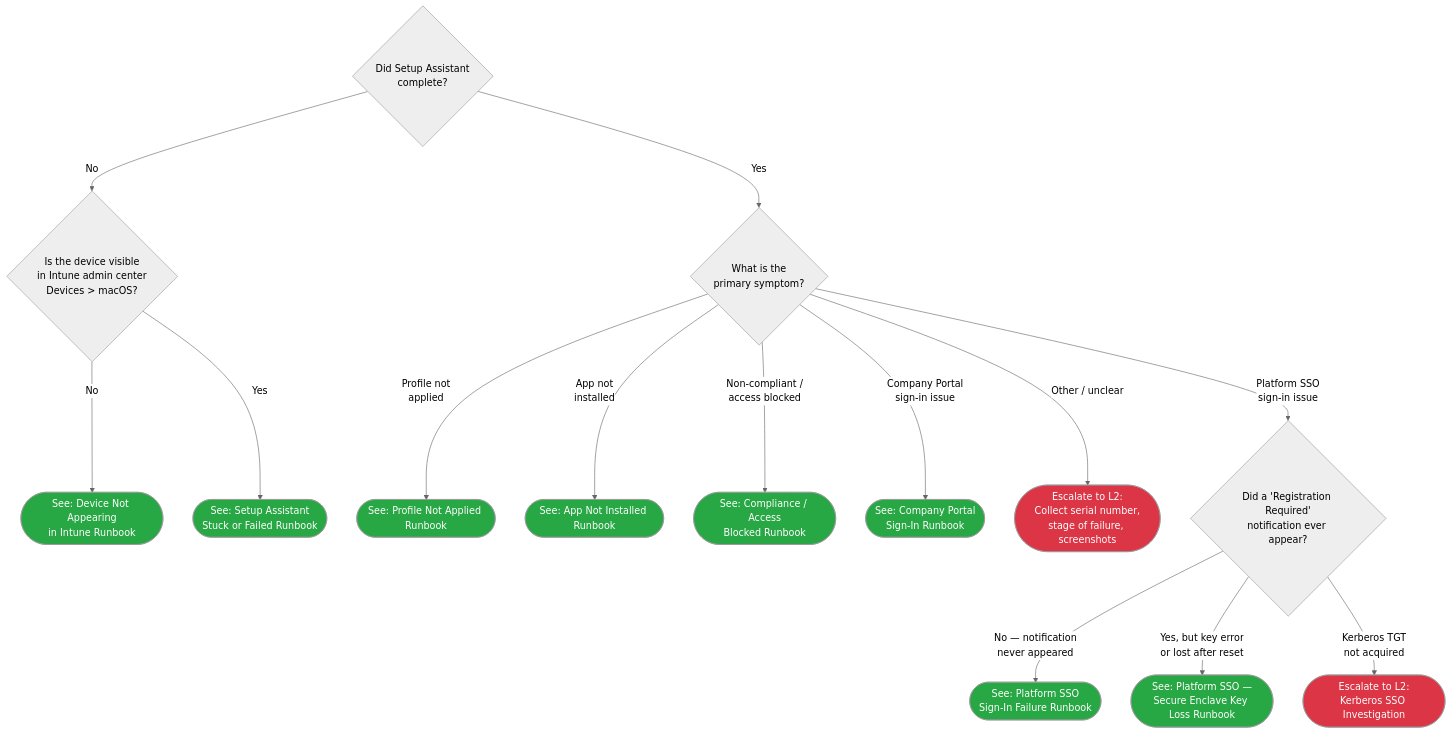
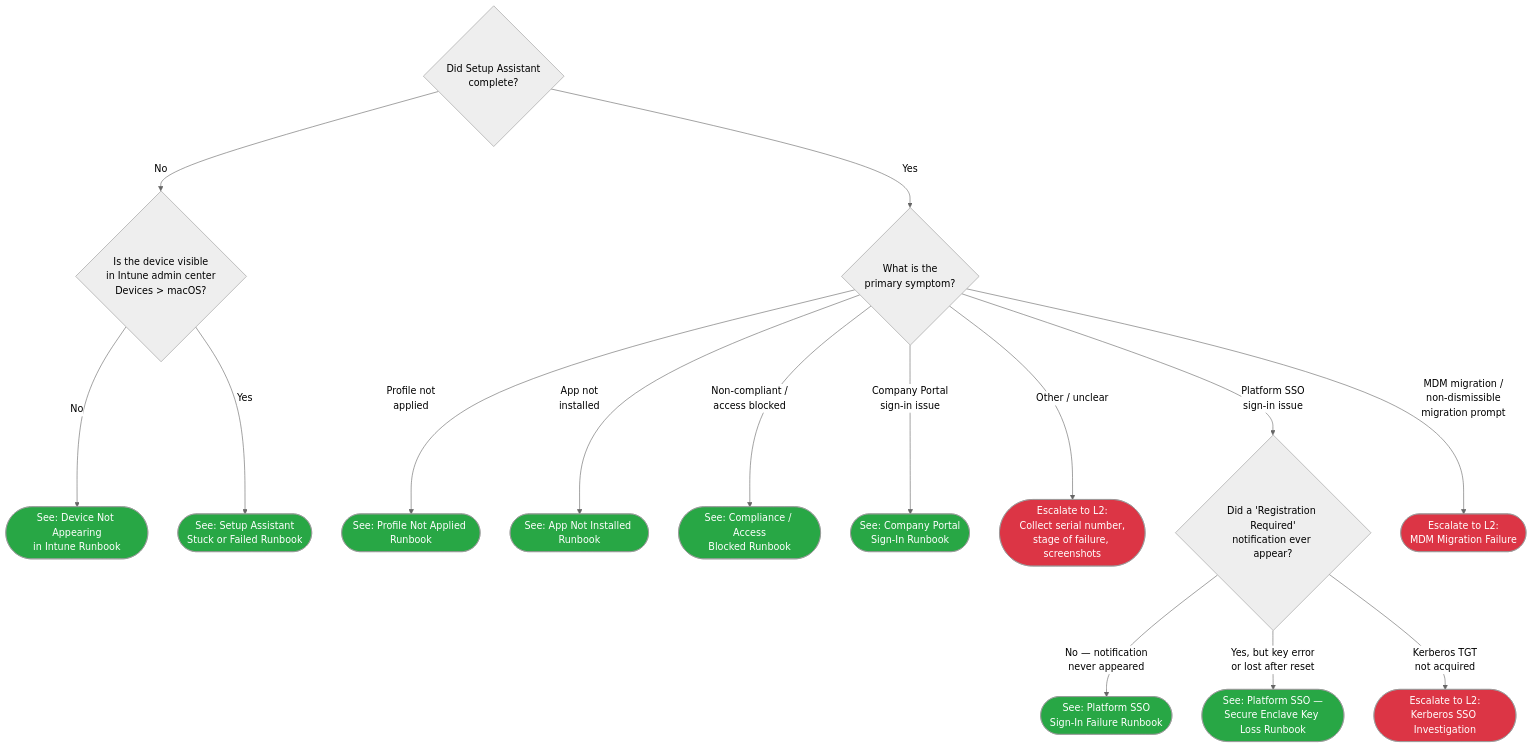
Before and after one commit to Schweinehund/Autopilot: the diagram in docs/decision-trees/06-macos-triage.md, drawn with Mermaid (neutral theme). The commit also changed other lines of this file and 3 other files, not shown here.

````diff
--- a/docs/decision-trees/06-macos-triage.md
+++ b/docs/decision-trees/06-macos-triage.md
@@ -29,35 +29,37 @@
 ```mermaid
 graph TD
     MAC1{"Did Setup Assistant<br/>complete?"}
     MAC1 -->|No| MAC2{"Is the device visible<br/>in Intune admin center<br/>Devices &gt; macOS?"}
     MAC1 -->|Yes| MAC3{"What is the<br/>primary symptom?"}
 
     MAC2 -->|No| MACR1(["See: Device Not Appearing<br/>in Intune Runbook"])
     MAC2 -->|Yes| MACR2(["See: Setup Assistant<br/>Stuck or Failed Runbook"])
 
     MAC3 -->|"Profile not<br/>applied"| MACR3(["See: Profile Not Applied Runbook"])
     MAC3 -->|"App not<br/>installed"| MACR4(["See: App Not Installed Runbook"])
     MAC3 -->|"Non-compliant /<br/>access blocked"| MACR5(["See: Compliance / Access<br/>Blocked Runbook"])
     MAC3 -->|"Company Portal<br/>sign-in issue"| MACR6(["See: Company Portal<br/>Sign-In Runbook"])
     MAC3 -->|"Other / unclear"| MACE1(["Escalate to L2:<br/>Collect serial number,<br/>stage of failure, screenshots"])
     MAC3 -->|"Platform SSO<br/>sign-in issue"| MACSSO{"Did a 'Registration Required'<br/>notification ever appear?"}
     MACSSO -->|"No — notification<br/>never appeared"| MACR7(["See: Platform SSO<br/>Sign-In Failure Runbook"])
     MACSSO -->|"Yes, but key error<br/>or lost after reset"| MACR8(["See: Platform SSO —<br/>Secure Enclave Key Loss Runbook"])
     MACSSO -->|"Kerberos TGT<br/>not acquired"| MACE2(["Escalate to L2:<br/>Kerberos SSO Investigation"])
+    MAC3 -->|"MDM migration /<br/>non-dismissible<br/>migration prompt"| MACE3(["Escalate to L2:<br/>MDM Migration Failure"])
 
     click MACR1 "../l1-runbooks/10-macos-device-not-appearing.md"
     click MACR2 "../l1-runbooks/11-macos-setup-assistant-failed.md"
     click MACR3 "../l1-runbooks/12-macos-profile-not-applied.md"
     click MACR4 "../l1-runbooks/13-macos-app-not-installed.md"
     click MACR5 "../l1-runbooks/14-macos-compliance-access-blocked.md"
     click MACR6 "../l1-runbooks/15-macos-company-portal-sign-in.md"
     click MACR7 "../l1-runbooks/35-macos-sso-sign-in-failure.md"
     click MACR8 "../l1-runbooks/36-macos-secure-enclave-key.md"
     click MACE2 "../l2-runbooks/28-macos-kerberos-sso-investigation.md"
+    click MACE3 "../l2-runbooks/30-macos-mdm-migration-failure.md"
 
     classDef resolved fill:#28a745,color:#fff
     classDef escalateL2 fill:#dc3545,color:#fff
     class MACR1,MACR2,MACR3,MACR4,MACR5,MACR6 resolved
     class MACR7,MACR8 resolved
-    class MACE1,MACE2 escalateL2
+    class MACE1,MACE2,MACE3 escalateL2
 ```
````
